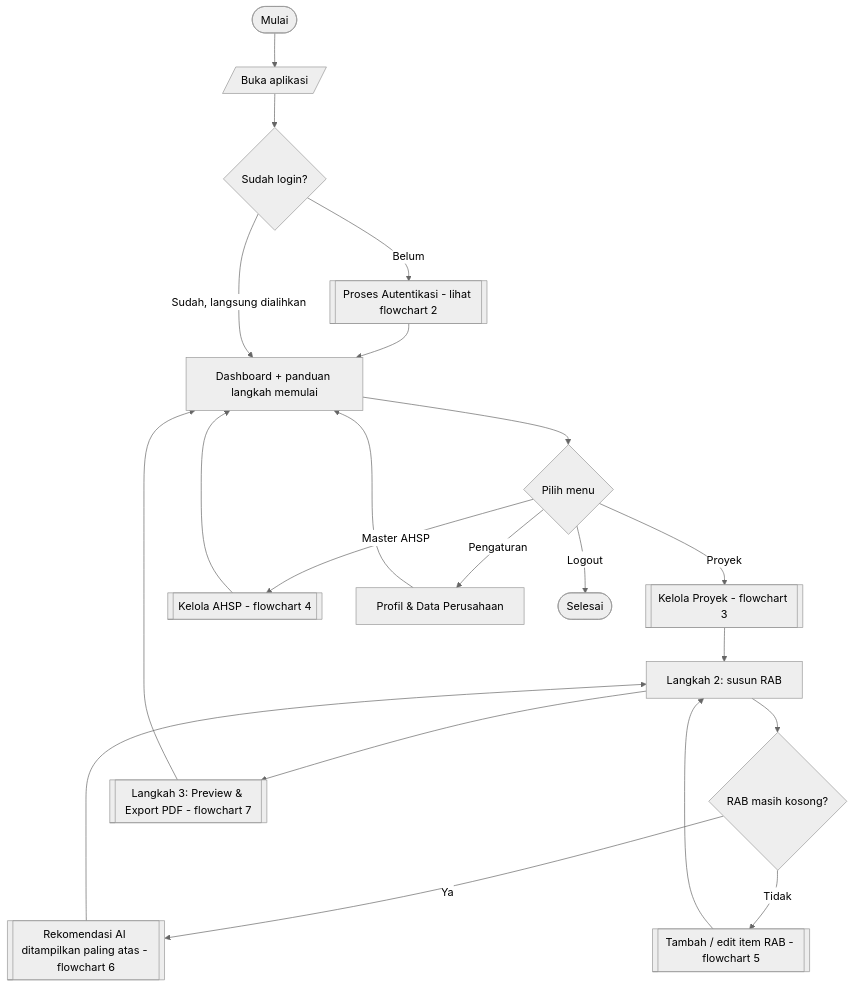
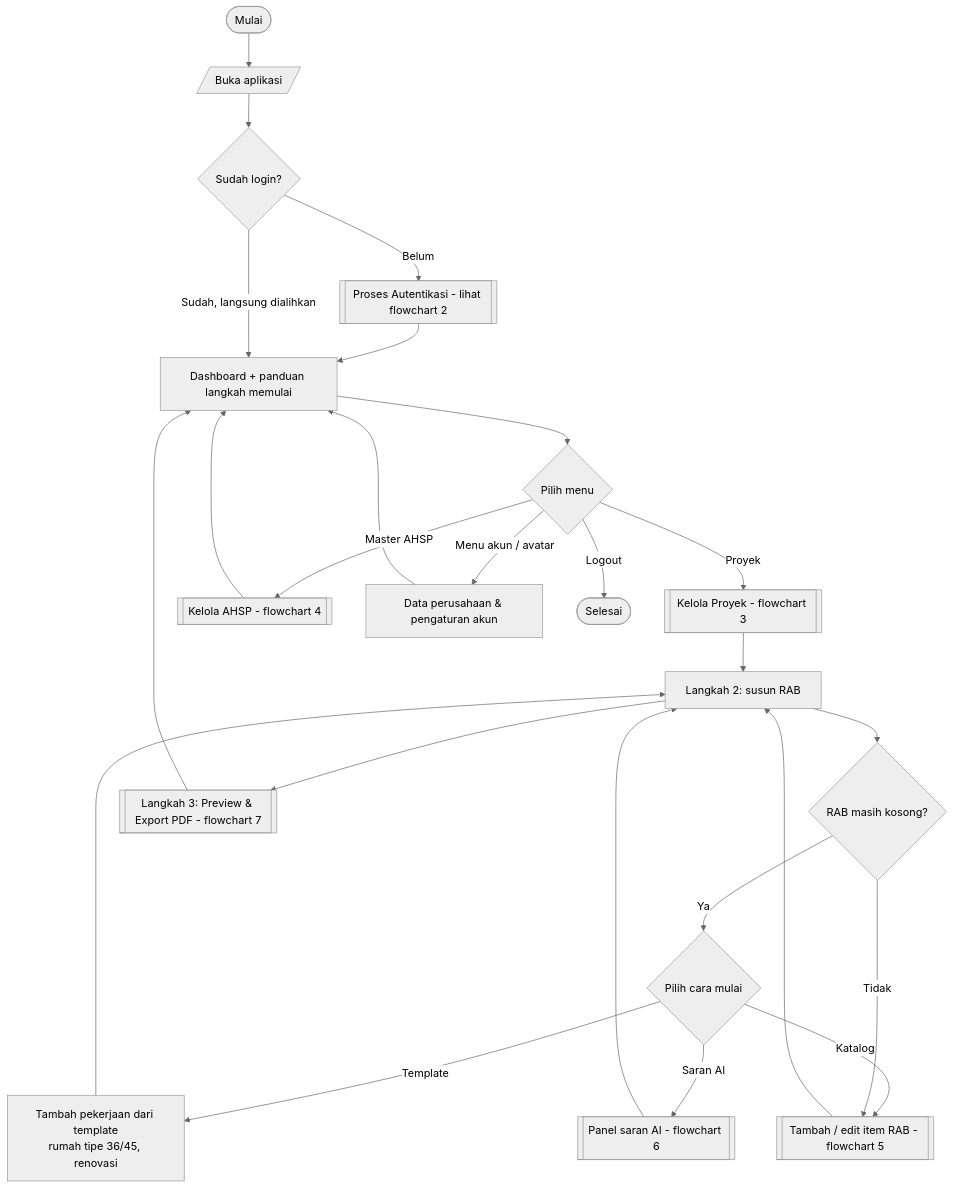
One commit to ditt1945/RAB-system changed the first of 8 diagrams in docs/FLOWCHART.md. Above: the diagram before and after it, drawn with Mermaid (neutral theme). The commit also changed other lines of this file and 72 other files, not shown here.

````diff
--- a/docs/FLOWCHART.md
+++ b/docs/FLOWCHART.md
@@ -13,25 +13,28 @@
 ```mermaid
 flowchart TD
     S([Mulai]) --> L[/"Buka aplikasi"/]
     L --> A{Sudah login?}
     A -->|Belum| AUTH[[Proses Autentikasi - lihat flowchart 2]]
     AUTH --> D
     A -->|Sudah, langsung dialihkan| D[Dashboard + panduan langkah memulai]
 
     D --> M{Pilih menu}
     M -->|Proyek| P[[Kelola Proyek - flowchart 3]]
     M -->|Master AHSP| H[[Kelola AHSP - flowchart 4]]
-    M -->|Pengaturan| PS[Profil & Data Perusahaan]
+    M -->|Menu akun / avatar| PS[Data perusahaan & pengaturan akun]
     M -->|Logout| OUT([Selesai])
 
     P --> R[Langkah 2: susun RAB]
     R --> KOSONG{RAB masih kosong?}
-    KOSONG -->|Ya| R2[[Rekomendasi AI ditampilkan paling atas - flowchart 6]]
+    KOSONG -->|Ya| MULAI{Pilih cara mulai}
+    MULAI -->|Template| TPL[Tambah pekerjaan dari template<br/>rumah tipe 36/45, renovasi] --> R
+    MULAI -->|Saran AI| R2[[Panel saran AI - flowchart 6]]
+    MULAI -->|Katalog| R1
     KOSONG -->|Tidak| R1[[Tambah / edit item RAB - flowchart 5]]
     R1 --> R
     R2 --> R
     R --> R3[[Langkah 3: Preview & Export PDF - flowchart 7]]
     R3 --> D
     H --> D
     PS --> D
 ```
````
